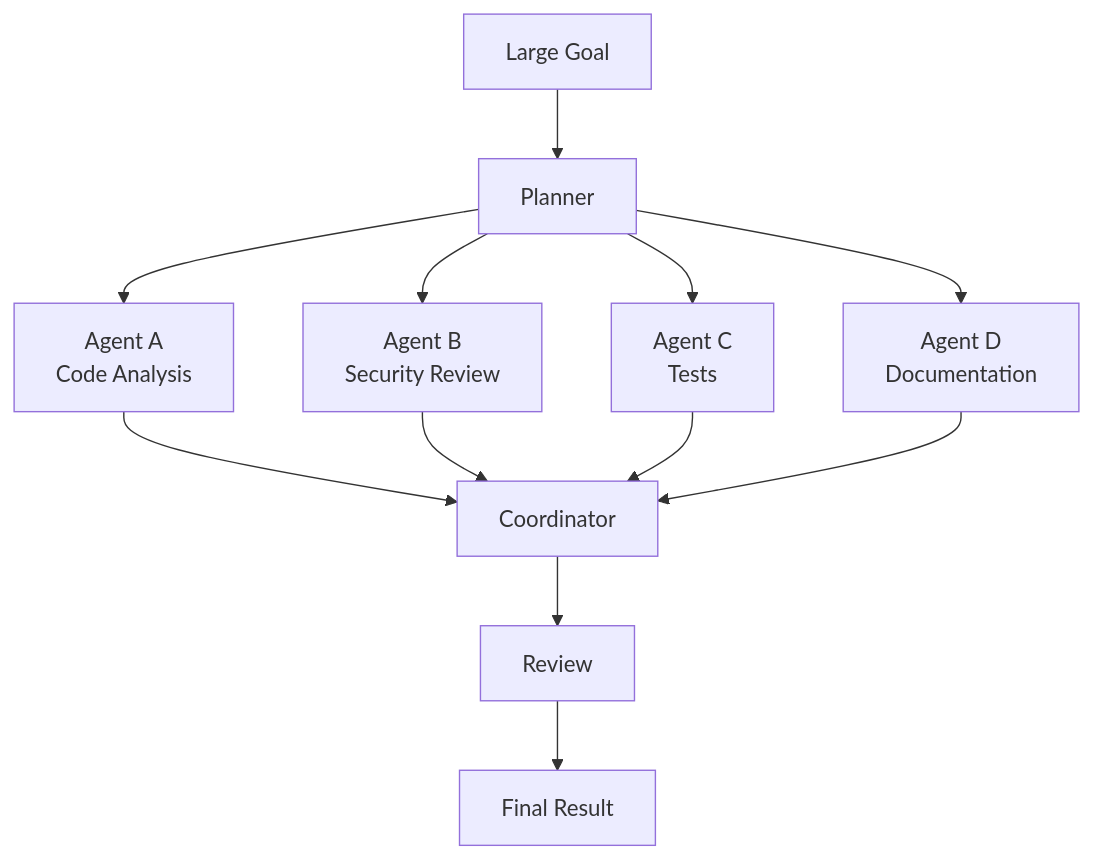
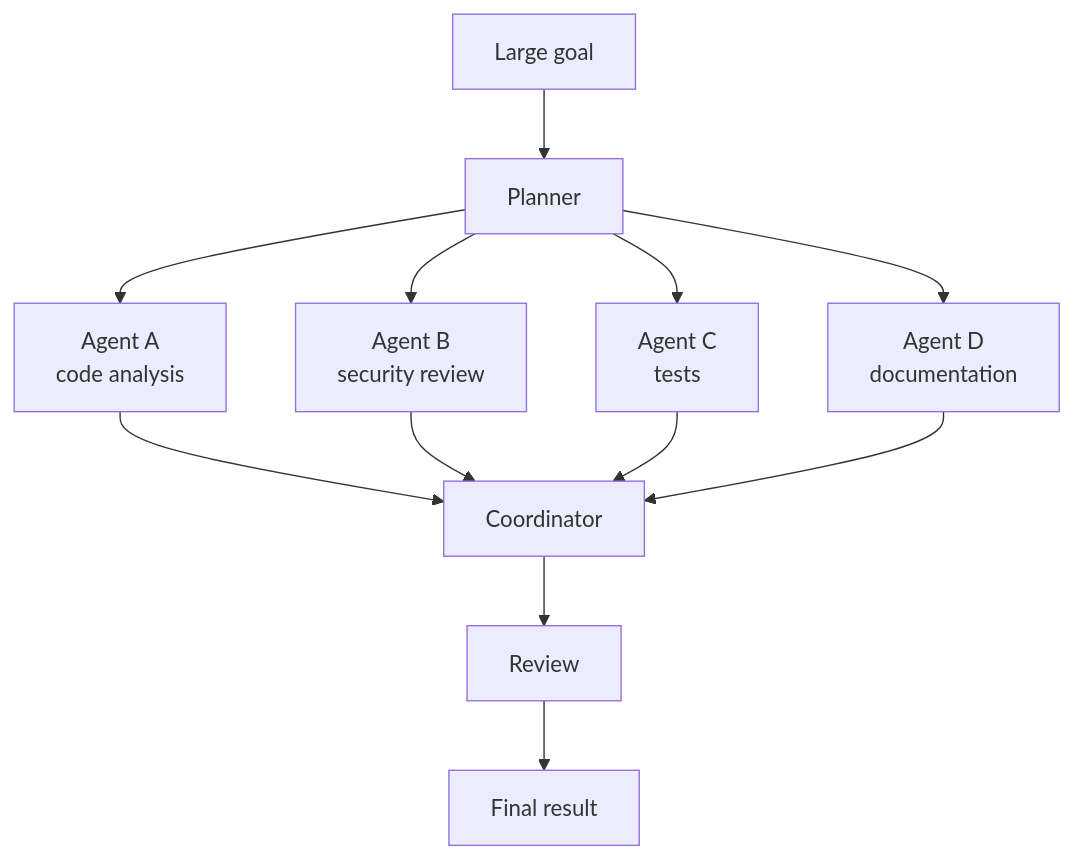
Before and after one commit to anamorsyai/alphacode: the third of 3 diagrams in README.md, drawn with Mermaid. The commit also changed other lines of this file, not shown here.

````diff
--- a/README.md
+++ b/README.md
@@ -579,17 +223,14 @@
 ```mermaid
 flowchart TD
-    G["Large Goal"] --> P["Planner"]
-
-    P --> A["Agent A<br/>Code Analysis"]
-    P --> B["Agent B<br/>Security Review"]
-    P --> C["Agent C<br/>Tests"]
-    P --> D["Agent D<br/>Documentation"]
-
+    G["Large goal"] --> P["Planner"]
+    P --> A["Agent A<br/>code analysis"]
+    P --> B["Agent B<br/>security review"]
+    P --> C["Agent C<br/>tests"]
+    P --> D["Agent D<br/>documentation"]
     A --> M["Coordinator"]
     B --> M
     C --> M
     D --> M
-
     M --> R["Review"]
-    R --> F["Final Result"]
+    R --> F["Final result"]
 ```
````
